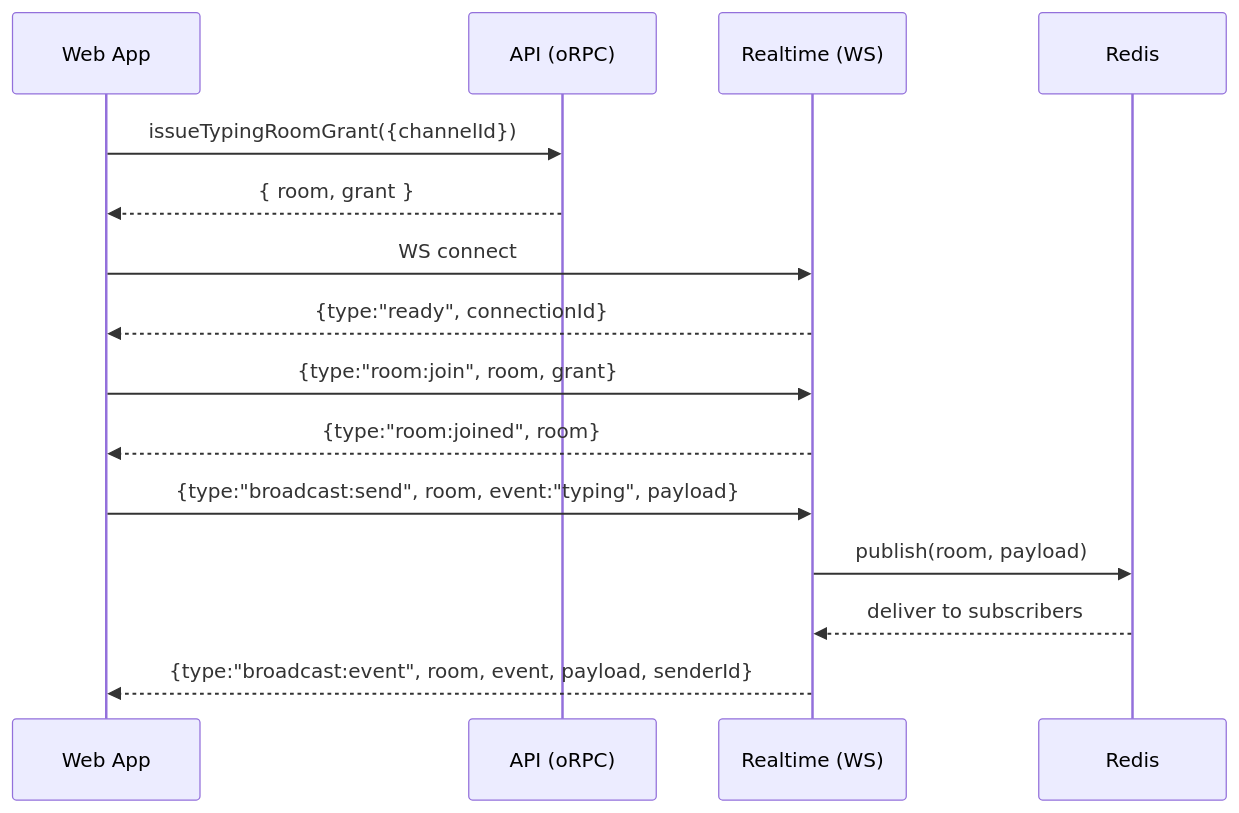
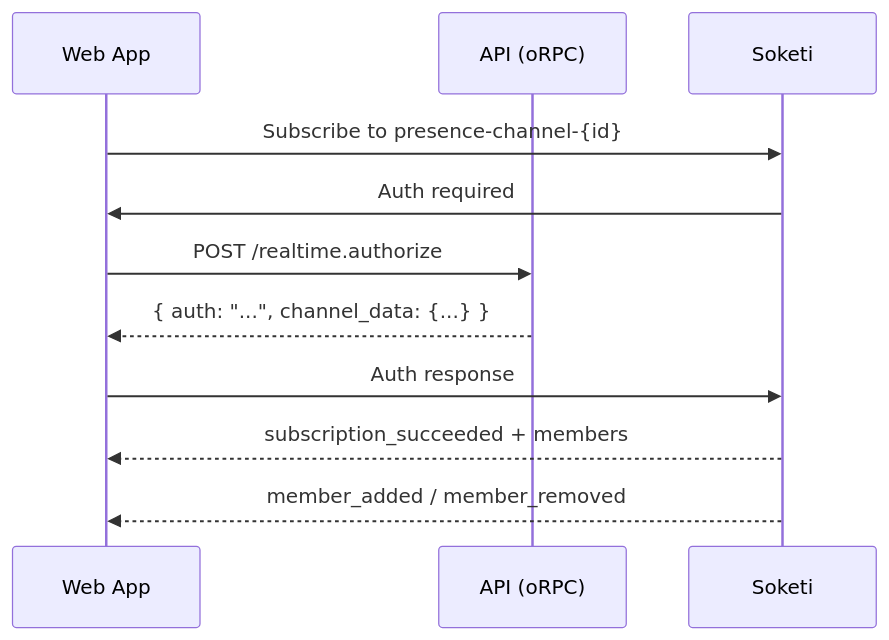
The first of 2 diagrams in docs/realtime-migration.md (yash91989201/work-holo), drawn with Mermaid before and after one commit. The commit also changed other lines of this file and 43 other files, not shown here.

Commit message:
remove custom realtime server in favor of soketi and pusher

````diff
--- a/docs/realtime-migration.md
+++ b/docs/realtime-migration.md
@@ -86,21 +97,14 @@
 ```mermaid
 sequenceDiagram
   participant Web as Web App
   participant API as API (oRPC)
-  participant RT as Realtime (WS)
-  participant Redis as Redis
-
-  Web->>API: issueTypingRoomGrant({channelId})
-  API-->>Web: { room, grant }
-
-  Web->>RT: WS connect
-  RT-->>Web: {type:"ready", connectionId}
-
-  Web->>RT: {type:"room:join", room, grant}
-  RT-->>Web: {type:"room:joined", room}
-
-  Web->>RT: {type:"broadcast:send", room, event:"typing", payload}
-  RT->>Redis: publish(room, payload)
-  Redis-->>RT: deliver to subscribers
-  RT-->>Web: {type:"broadcast:event", room, event, payload, senderId}
+  participant Soketi as Soketi
+  
+  Web->>Soketi: Subscribe to presence-channel-{id}
+  Soketi->>Web: Auth required
+  Web->>API: POST /realtime.authorize
+  API-->>Web: { auth: "...", channel_data: {...} }
+  Web->>Soketi: Auth response
+  Soketi-->>Web: subscription_succeeded + members
+  Soketi-->>Web: member_added / member_removed
 ```
````
